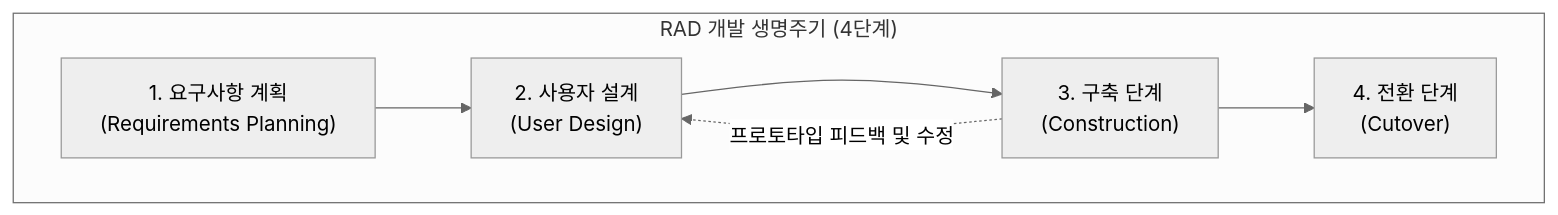
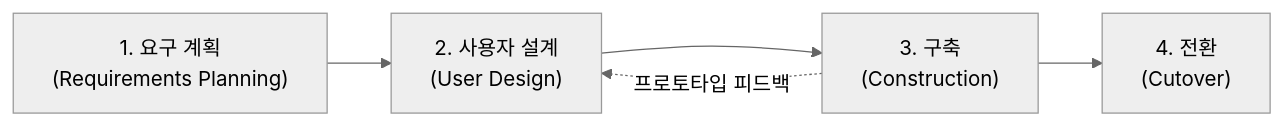
The diagram in content/01_IT Tech/RAD(락스).md (supremethumb/supremethumb.github.io), drawn with Mermaid (neutral theme) before and after one commit. The commit also changed other lines of this file and 1087 other files, not shown here.

````diff
--- a/content/01_IT Tech/RAD(락스).md
+++ b/content/01_IT Tech/RAD(락스).md
@@ -23,11 +36,7 @@
 ```mermaid
-flowchart TD
-    subgraph RAD_Lifecycle ["RAD 개발 생명주기 (4단계)"]
-        direction LR
-        P1["1. 요구사항 계획<br/>(Requirements Planning)"] --> P2["2. 사용자 설계<br/>(User Design)"]
-        P2 --> P3["3. 구축 단계<br/>(Construction)"]
-        P3 --> P4["4. 전환 단계<br/>(Cutover)"]
-        P3 -. "프로토타입 피드백 및 수정" .-> P2
-    end
-
+flowchart LR
+    P1["1. 요구 계획<br/>(Requirements Planning)"] --> P2["2. 사용자 설계<br/>(User Design)"]
+    P2 --> P3["3. 구축<br/>(Construction)"]
+    P3 -. "프로토타입 피드백" .-> P2
+    P3 --> P4["4. 전환<br/>(Cutover)"]
 ```
````
